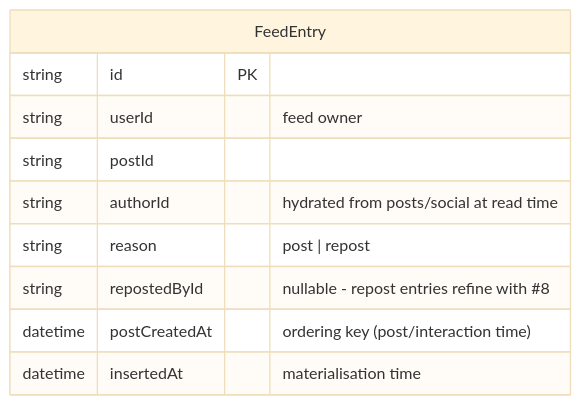
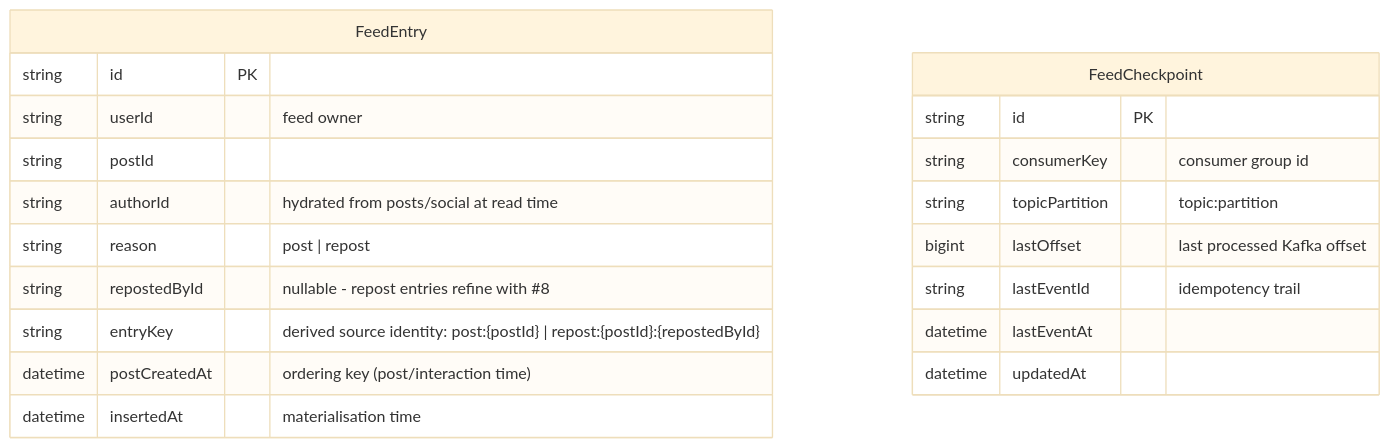
The fourth of 5 diagrams in docs/specs/data/01-storage-model.md (jdc-projects/xitter), drawn with Mermaid (base theme) before and after one commit. The commit also changed other lines of this file and 23 other files, not shown here.

First line of the commit message:
feat(fanout,feed): durable resumeFrom checkpoint for fanout - boot must not seek to log end (#149)

````diff
--- a/docs/specs/data/01-storage-model.md
+++ b/docs/specs/data/01-storage-model.md
@@ -105,13 +105,23 @@
 ```mermaid
 erDiagram
     FeedEntry {
         string id PK
         string userId "feed owner"
         string postId
         string authorId "hydrated from posts/social at read time"
         string reason "post | repost"
         string repostedById "nullable - repost entries refine with #8"
+        string entryKey "derived source identity: post:{postId} | repost:{postId}:{repostedById}"
         datetime postCreatedAt "ordering key (post/interaction time)"
         datetime insertedAt "materialisation time"
     }
+    FeedCheckpoint {
+        string id PK
+        string consumerKey "consumer group id"
+        string topicPartition "topic:partition"
+        bigint lastOffset "last processed Kafka offset"
+        string lastEventId "idempotency trail"
+        datetime lastEventAt
+        datetime updatedAt
+    }
 ```
````
